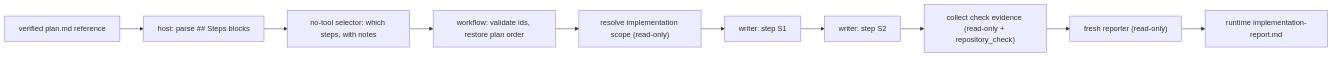
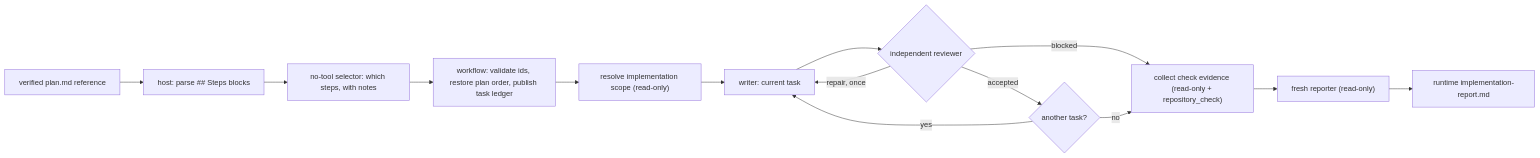
Before and after one commit to kroffske/locus-pi: the second of 2 diagrams in extensions/workflows/examples/plan/README.md, drawn with Mermaid. The commit also changed other lines of this file and 11 other files, not shown here.

````diff
--- a/extensions/workflows/examples/plan/README.md
+++ b/extensions/workflows/examples/plan/README.md
@@ -103,12 +103,16 @@
 ```mermaid
 flowchart LR
     P["verified plan.md reference"] --> S["host: parse ## Steps blocks"]
     S --> L["no-tool selector: which steps, with notes"]
-    L --> V["workflow: validate ids, restore plan order"]
+    L --> V["workflow: validate ids, restore plan order, publish task ledger"]
     V --> R["resolve implementation scope (read-only)"]
-    R --> W1["writer: step S1"]
-    W1 --> W2["writer: step S2"]
-    W2 --> E["collect check evidence (read-only + repository_check)"]
+    R --> W["writer: current task"]
+    W --> K{"independent reviewer"}
+    K -->|"repair, once"| W
+    K -->|"accepted"| N{"another task?"}
+    K -->|"blocked"| E
+    N -->|"yes"| W
+    N -->|"no"| E["collect check evidence (read-only + repository_check)"]
     E --> Q["fresh reporter (read-only)"]
     Q --> O["runtime implementation-report.md"]
 ```
````
